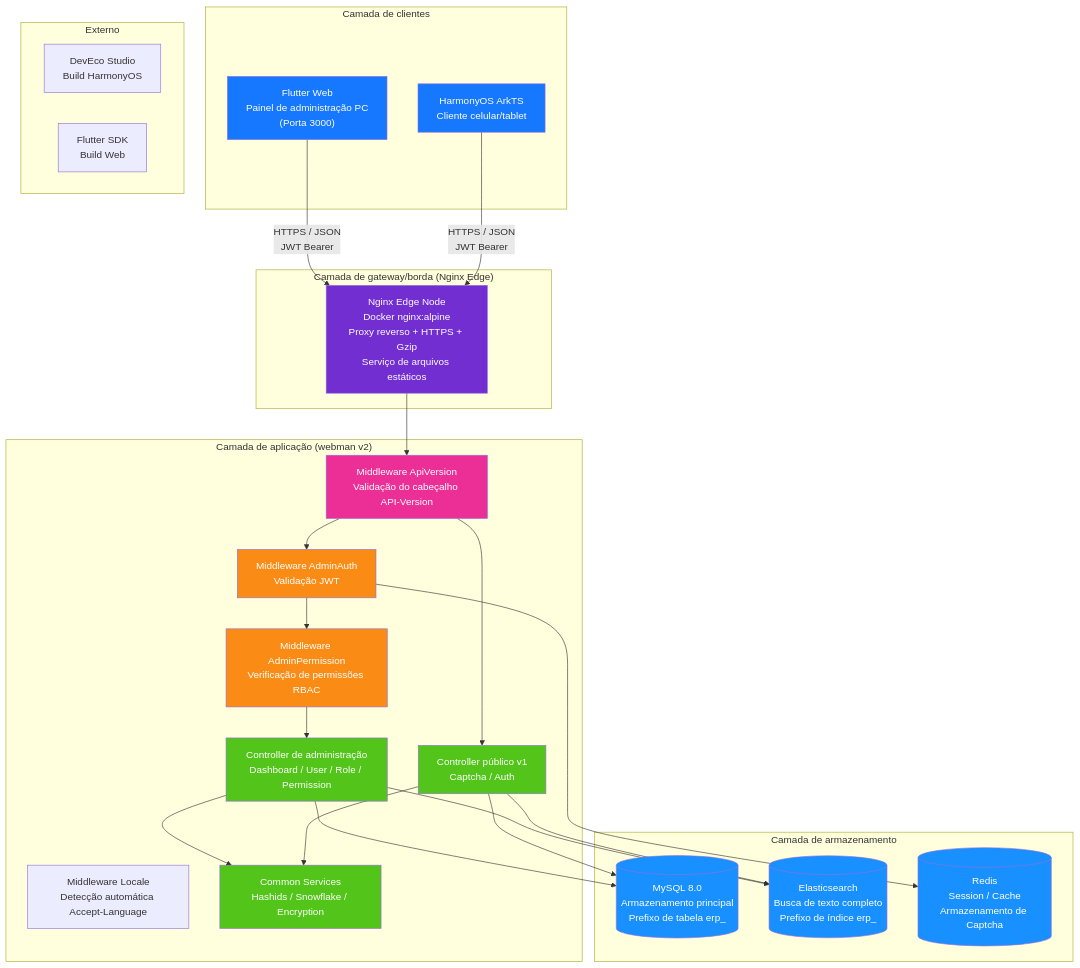
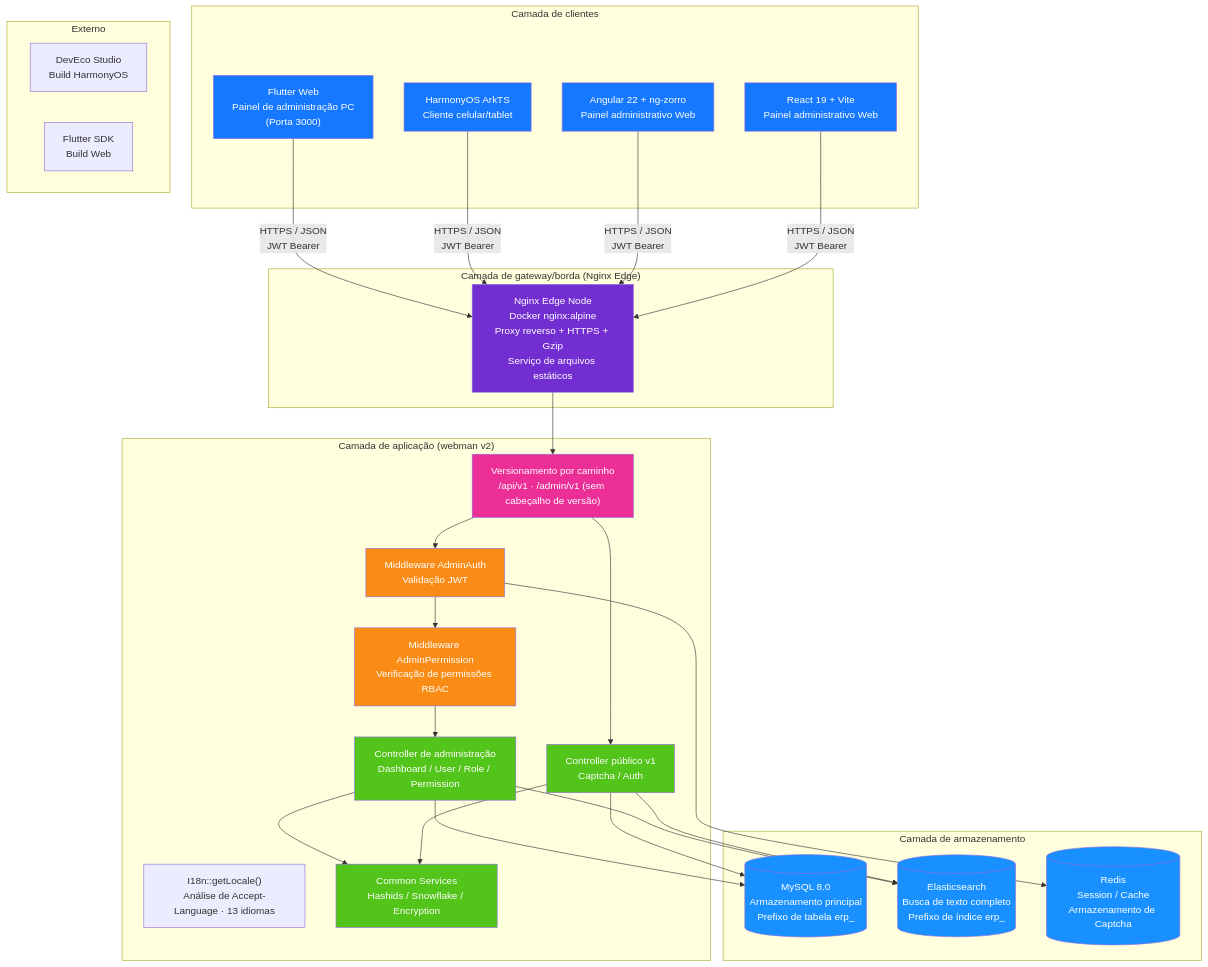
The first of 20 diagrams in docs/i18n/pt/ARCHITECTURE.md (erikwang2013/erp-php), drawn with Mermaid before and after one commit. The commit also changed other lines of this file and 325 other files, not shown here.

````diff
--- a/docs/i18n/pt/ARCHITECTURE.md
+++ b/docs/i18n/pt/ARCHITECTURE.md
@@ -11,60 +11,66 @@
 ```mermaid
 flowchart TB
     subgraph "Camada de clientes"
         A1["Flutter Web<br/>Painel de administração PC<br/>(Porta 3000)"]
         A2["HarmonyOS ArkTS<br/>Cliente celular/tablet"]
+        A3["Angular 22 + ng-zorro<br/>Painel administrativo Web"]
+        A4["React 19 + Vite<br/>Painel administrativo Web"]
     end
 
     subgraph "Camada de gateway/borda (Nginx Edge)"
         B1["Nginx Edge Node<br/>Docker nginx:alpine<br/>Proxy reverso + HTTPS + Gzip<br/>Serviço de arquivos estáticos"]
     end
 
     subgraph "Camada de aplicação (webman v2)"
-        C_LOC["Middleware Locale<br/>Detecção automática Accept-Language"]
-        C0["Middleware ApiVersion<br/>Validação do cabeçalho API-Version"]
+        C_LOC["I18n::getLocale()<br/>Análise de Accept-Language · 13 idiomas"]
+        C0["Versionamento por caminho<br/>/api/v1 · /admin/v1 (sem cabeçalho de versão)"]
         C1["Middleware AdminAuth<br/>Validação JWT"]
         C2["Middleware AdminPermission<br/>Verificação de permissões RBAC"]
         C3["Controller de administração<br/>Dashboard / User / Role / Permission"]
         C4["Controller público v1<br/>Captcha / Auth"]
         C5["Common Services<br/>Hashids / Snowflake / Encryption"]
     end
 
     subgraph "Camada de armazenamento"
         D1[("MySQL 8.0<br/>Armazenamento principal<br/>Prefixo de tabela erp_")]
         D2[("Elasticsearch<br/>Busca de texto completo<br/>Prefixo de índice erp_")]
         D3[("Redis<br/>Session / Cache<br/>Armazenamento de Captcha")]
     end
 
     subgraph "Externo"
         E1["DevEco Studio<br/>Build HarmonyOS"]
         E2["Flutter SDK<br/>Build Web"]
     end
 
     A1 -->|"HTTPS / JSON<br/>JWT Bearer"| B1
     A2 -->|"HTTPS / JSON<br/>JWT Bearer"| B1
+    A3 -->|"HTTPS / JSON<br/>JWT Bearer"| B1
+    A4 -->|"HTTPS / JSON<br/>JWT Bearer"| B1
     B1 --> C0
     C0 --> C1
     C1 --> C2
     C2 --> C3
     C0 --> C4
     C3 --> C5
     C4 --> C5
     C3 --> D1
     C4 --> D1
     C3 --> D2
     C4 --> D2
     C1 --> D3
 
     style A1 fill:#1677FF,color:#fff
     style A2 fill:#1677FF,color:#fff
+    style A3 fill:#1677FF,color:#fff
+    style A4 fill:#1677FF,color:#fff
     style B1 fill:#722ED1,color:#fff
     style C0 fill:#EB2F96,color:#fff
     style C1 fill:#FA8C16,color:#fff
     style C2 fill:#FA8C16,color:#fff
     style C3 fill:#52C41A,color:#fff
     style C4 fill:#52C41A,color:#fff
     style C5 fill:#52C41A,color:#fff
     style D1 fill:#1890FF,color:#fff
     style D2 fill:#1890FF,color:#fff
     style D3 fill:#1890FF,color:#fff
 ```
````
